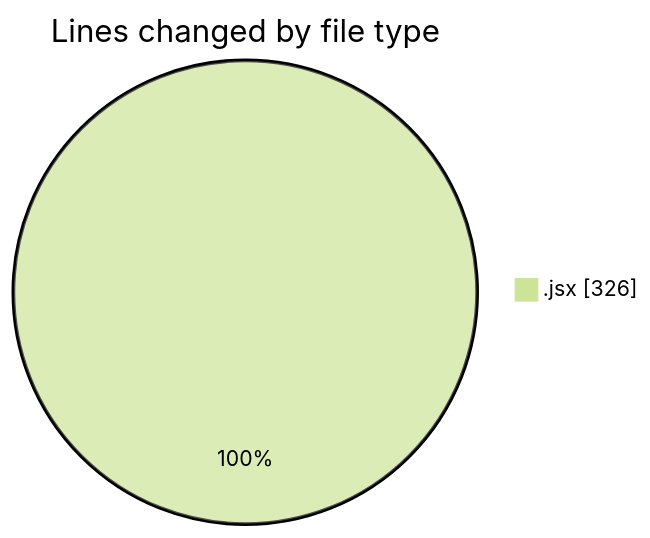
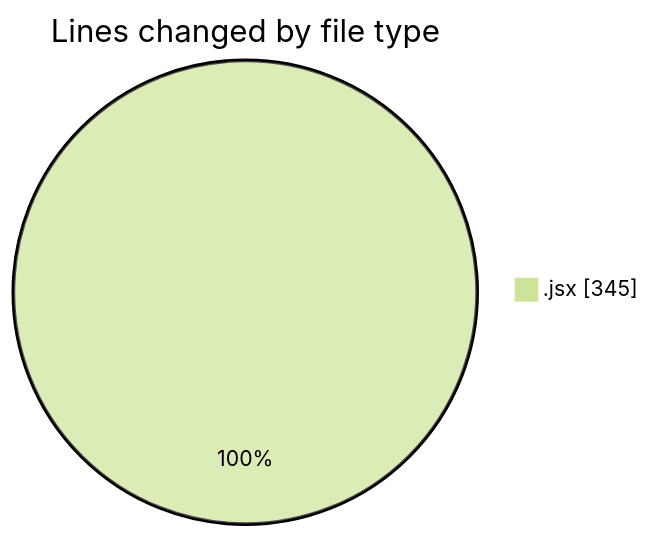
One commit to nxtqubesakshisongat/code-tracking changed the first of 2 diagrams in 2025-05-15/argos-dev/README.md. Above: the diagram before and after it, drawn with Mermaid (forest theme). The commit also changed other lines of this file and 1 other file, not shown here.

````diff
--- a/2025-05-15/argos-dev/README.md
+++ b/2025-05-15/argos-dev/README.md
@@ -20,5 +20,5 @@
 ```mermaid
 pie showData
 title Lines changed by file type
-".jsx" : 326
+".jsx" : 345
 ```
````
